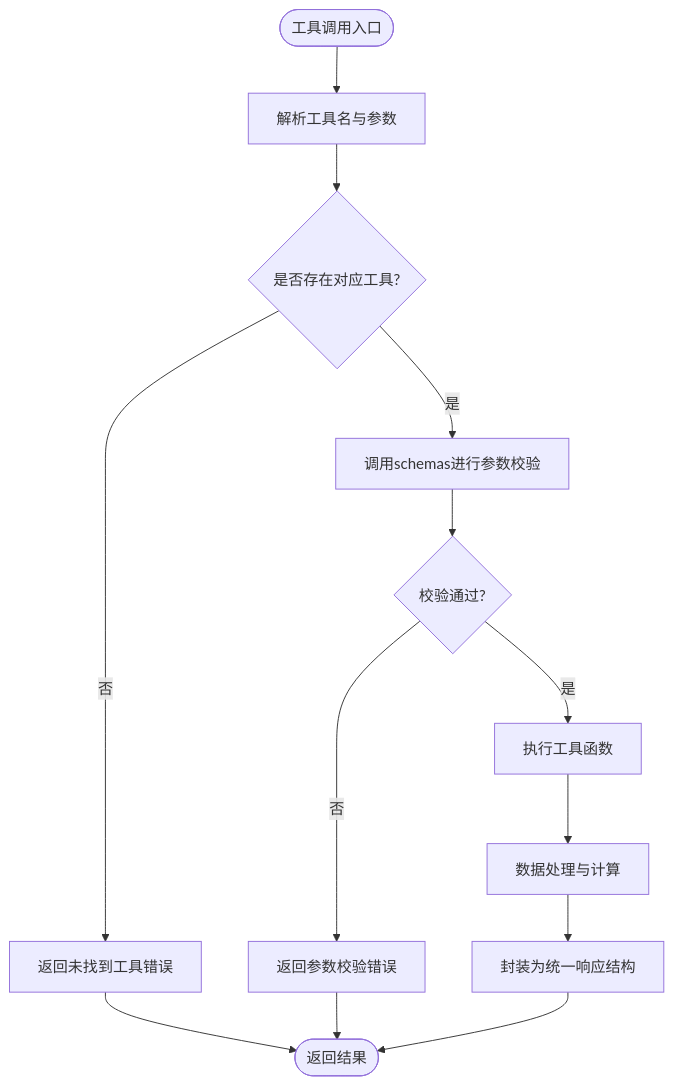
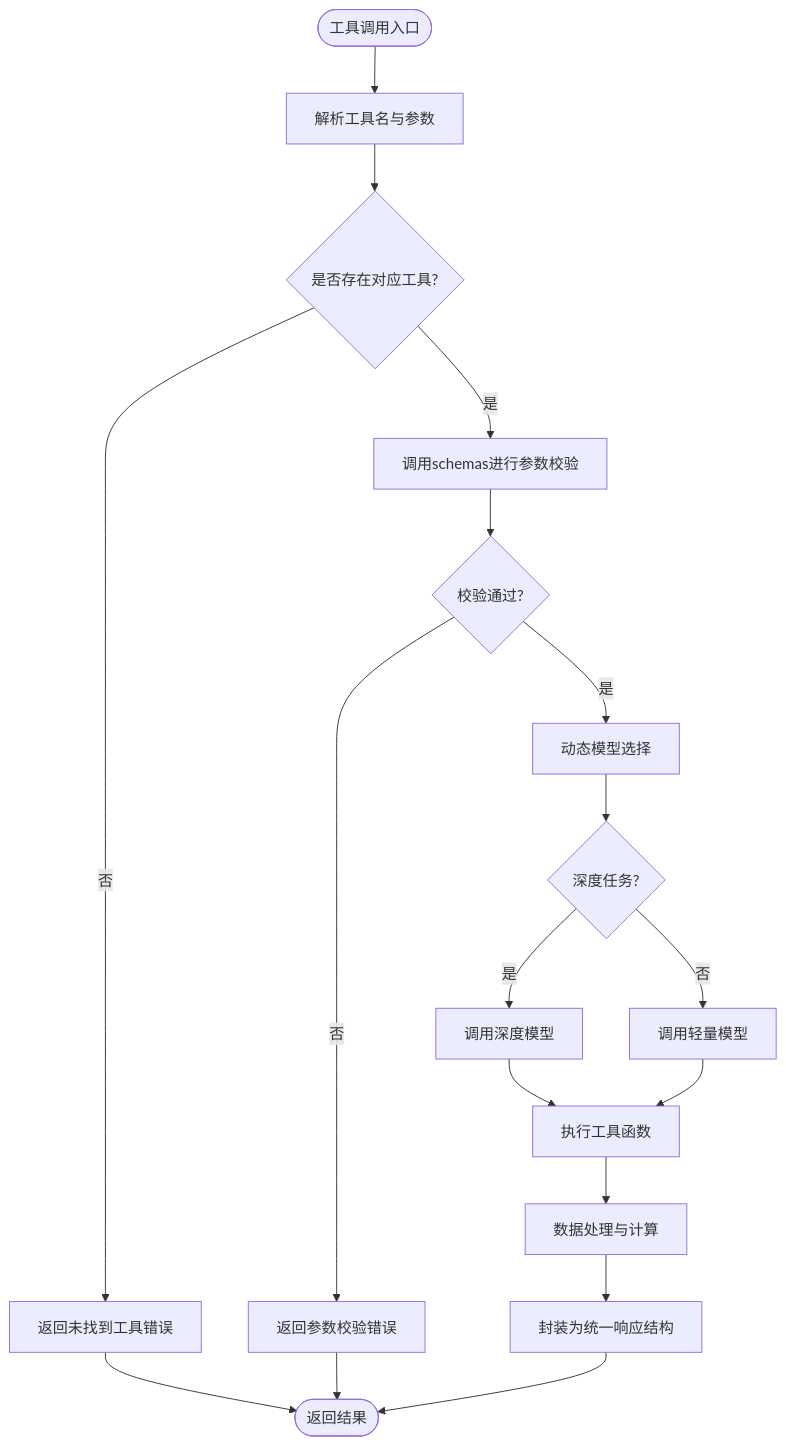
One commit to aHin0805/FH6CarSettingAgent changed the third of 8 diagrams in .qoder/repowiki/zh/content/AI集成模块/工具集成.md. Above: the diagram before and after it, drawn with Mermaid. The commit also changed other lines of this file and 59 other files, not shown here.

````diff
--- a/.qoder/repowiki/zh/content/AI集成模块/工具集成.md
+++ b/.qoder/repowiki/zh/content/AI集成模块/工具集成.md
@@ -149,15 +176,20 @@
 ```mermaid
 flowchart TD
 Start(["工具调用入口"]) --> Parse["解析工具名与参数"]
 Parse --> Select{"是否存在对应工具?"}
 Select --> |否| Err["返回未找到工具错误"]
 Select --> |是| Validate["调用schemas进行参数校验"]
 Validate --> Valid{"校验通过?"}
 Valid --> |否| ErrV["返回参数校验错误"]
-Valid --> |是| Exec["执行工具函数"]
+Valid --> |是| ModelChoice["动态模型选择"]
+ModelChoice --> Deep{"深度任务?"}
+Deep --> |是| DeepCall["调用深度模型"]
+Deep --> |否| LightCall["调用轻量模型"]
+DeepCall --> Exec["执行工具函数"]
+LightCall --> Exec
 Exec --> Proc["数据处理与计算"]
 Proc --> Wrap["封装为统一响应结构"]
 Wrap --> Done(["返回结果"])
 Err --> Done
 ErrV --> Done
 ```
````
